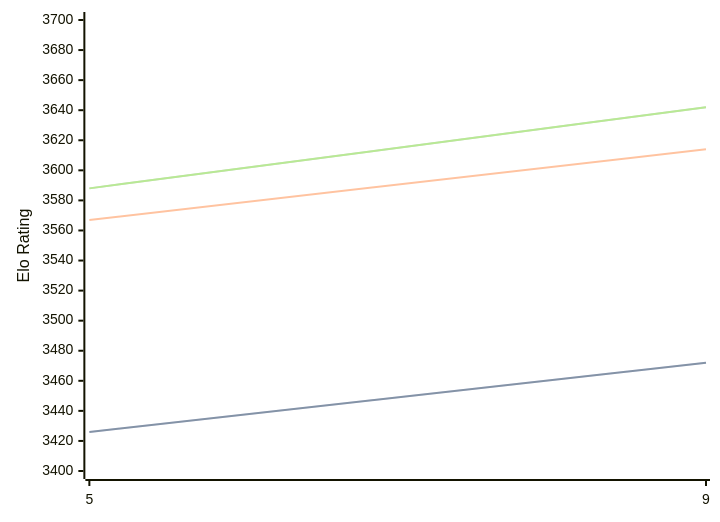
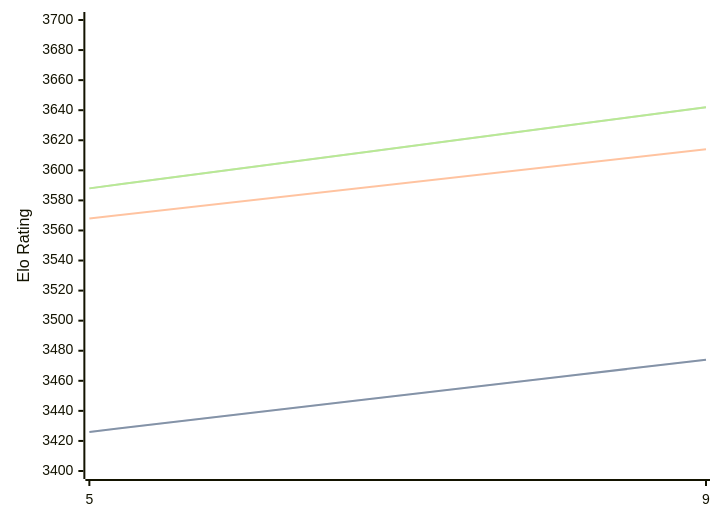
One commit to computer-chess-index/cci changed the diagram in engines/Crystal.md. Above: the diagram before and after it, drawn with Mermaid. The commit also changed other lines of this file, not shown here.

````diff
--- a/engines/Crystal.md
+++ b/engines/Crystal.md
@@ -60,11 +60,11 @@
 ```mermaid
 %%{init: {"theme":"base","themeVariables":{"seriesColors:['#a3a3a3','#222221','#faa371']}}}%%
 xychart-beta
   x-axis ["5", "9"]
   y-axis "Elo Rating" 3400 --> 3700
-  line "STC (8.0+0.08s)" [3426, 3472]
-  line "STC (8.0+0.08s)" [3426, 3472]
-  line "LTC (60.0+0.60s)" [3567, 3614]
+  line "STC (8.0+0.08s)" [3426, 3474]
+  line "STC (8.0+0.08s)" [3426, 3474]
+  line "LTC (60.0+0.60s)" [3568, 3614]
   line "VLTC (2m24s+1.12s)" [3588, 3642]
   line "VLTC (2m24s+1.12s)" [3588, 3642]
 ```
````
